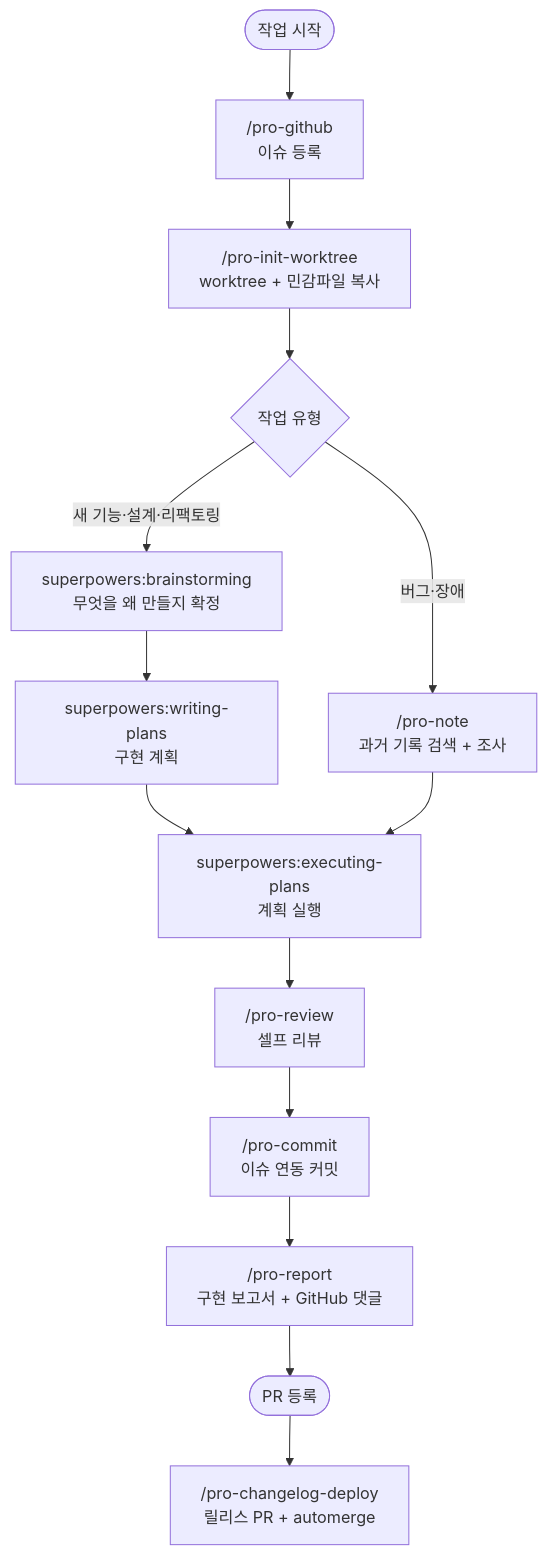
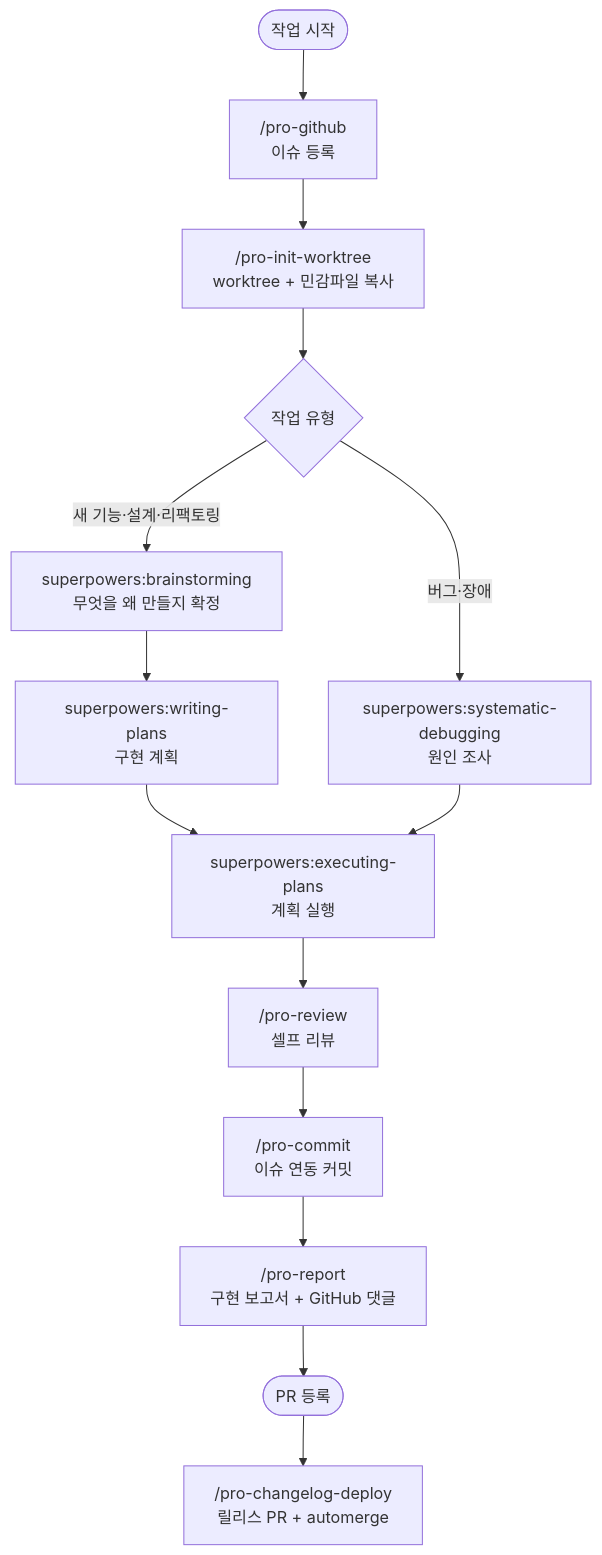
One commit to Cassiiopeia/projectops changed the first of 2 diagrams in docs/i18n/README.ko.md. Above: the diagram before and after it, drawn with Mermaid. The commit also changed other lines of this file and 51 other files, not shown here.

````diff
--- a/docs/i18n/README.ko.md
+++ b/docs/i18n/README.ko.md
@@ -156,18 +154,18 @@
 ```mermaid
 flowchart TD
     A(["작업 시작"]) --> B["/pro-github<br/>이슈 등록"]
     B --> C["/pro-init-worktree<br/>worktree + 민감파일 복사"]
     C --> D{"작업 유형"}
 
     D -->|새 기능·설계·리팩토링| E1["superpowers:brainstorming<br/>무엇을 왜 만들지 확정"]
-    D -->|버그·장애| E2["/pro-note<br/>과거 기록 검색 + 조사"]
+    D -->|버그·장애| E2["superpowers:systematic-debugging<br/>원인 조사"]
 
     E1 --> P["superpowers:writing-plans<br/>구현 계획"]
     P --> F["superpowers:executing-plans<br/>계획 실행"]
     E2 --> F
     F --> H["/pro-review<br/>셀프 리뷰"]
     H --> I["/pro-commit<br/>이슈 연동 커밋"]
     I --> J["/pro-report<br/>구현 보고서 + GitHub 댓글"]
     J --> K(["PR 등록"])
     K --> L["/pro-changelog-deploy<br/>릴리스 PR + automerge"]
 ```
````
